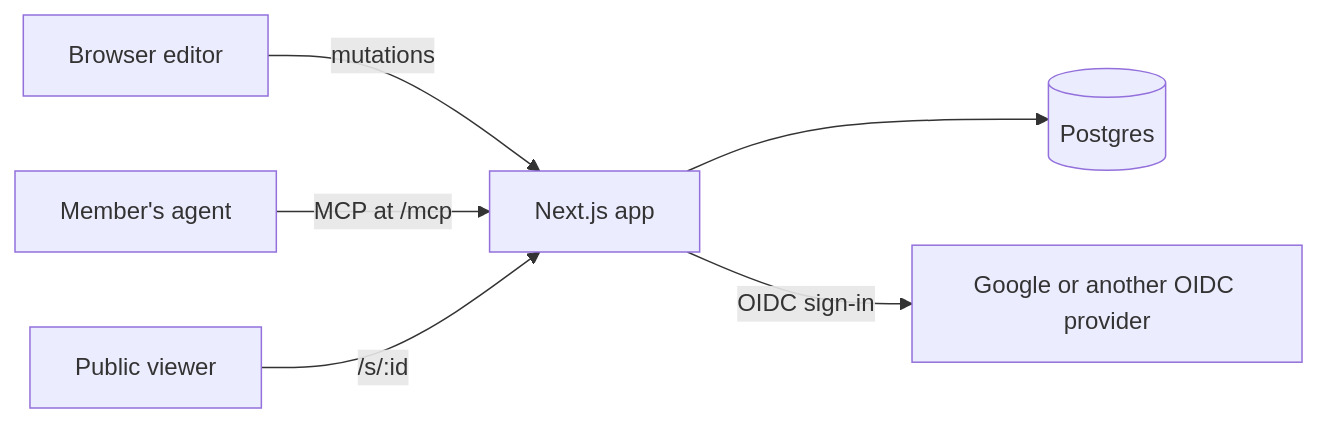
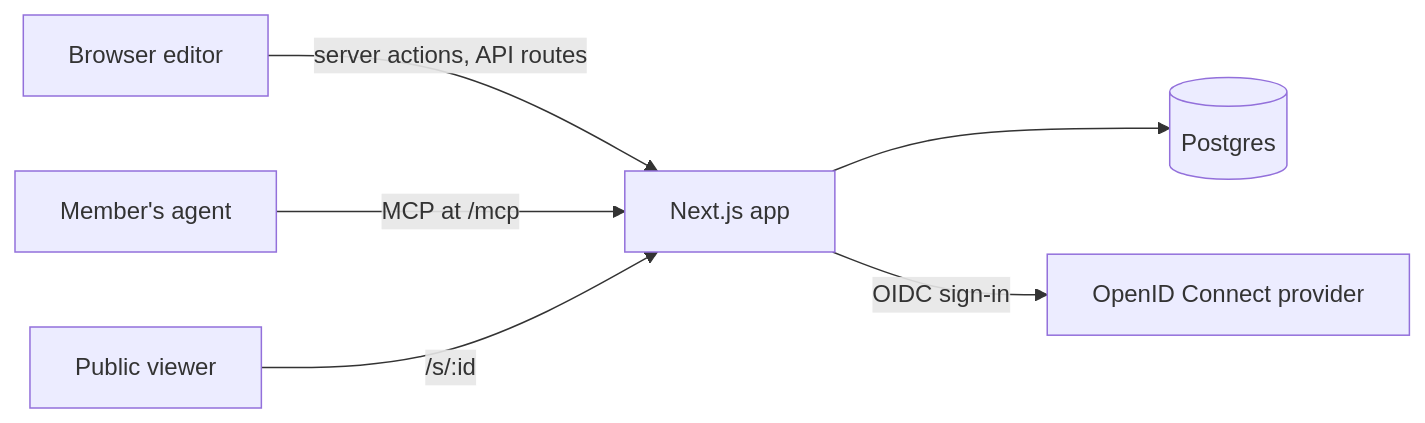
The diagram in PLAN.md (zyx1121/slide), drawn with Mermaid before and after one commit. The commit also changed other lines of this file and 5 other files, not shown here.

````diff
--- a/PLAN.md
+++ b/PLAN.md
@@ -28,8 +26,8 @@
 ```mermaid
 flowchart LR
-  E[Browser editor] -->|mutations| A[Next.js app]
+  E[Browser editor] -->|server actions, API routes| A[Next.js app]
   G[Member's agent] -->|MCP at /mcp| A
   V[Public viewer] -->|/s/:id| A
   A --> D[(Postgres)]
-  A -->|OIDC sign-in| O[Google or another OIDC provider]
+  A -->|OIDC sign-in| O[OpenID Connect provider]
 ```
````
